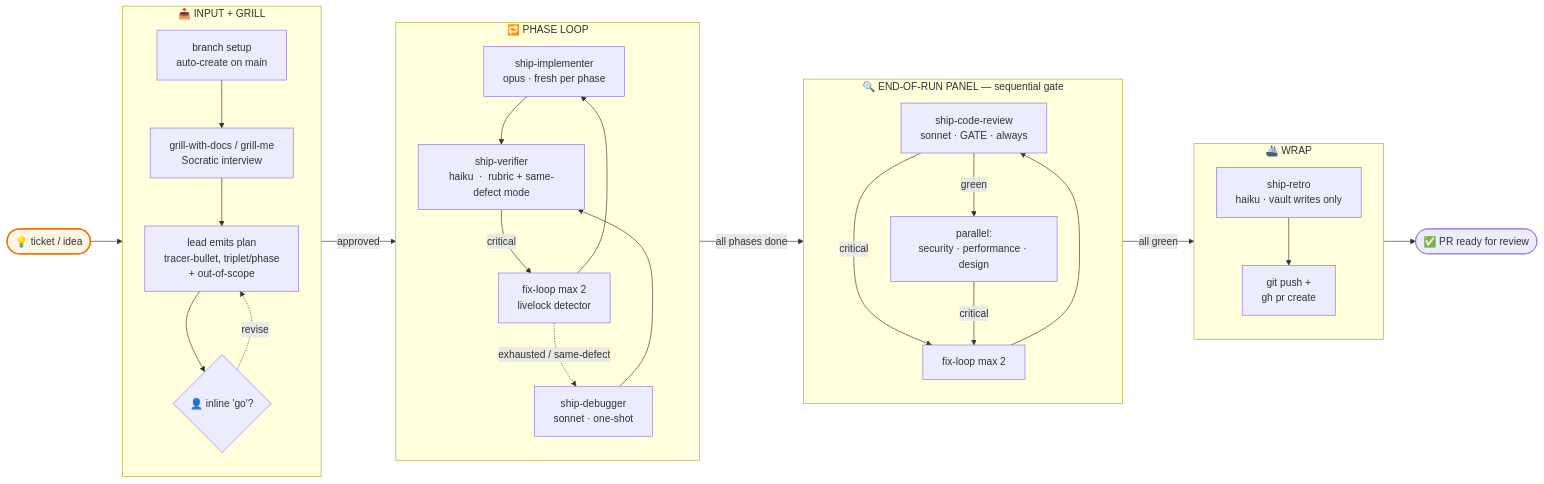
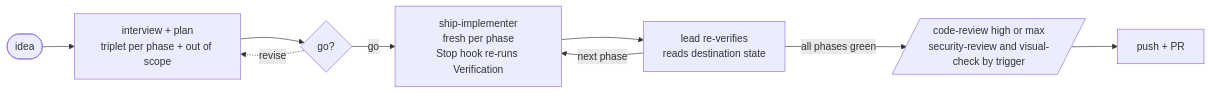
Before and after one commit to aliaksei-loi/ship: the diagram in README.md, drawn with Mermaid. The commit also changed other lines of this file and 47 other files, not shown here.

````diff
--- a/README.md
+++ b/README.md
@@ -7,49 +17,11 @@
 ```mermaid
 flowchart LR
-    Idea([💡 ticket / idea]):::input
-
-    subgraph Input["📥 INPUT + GRILL"]
-        direction TB
-        Brn[branch setup<br/>auto-create on main]
-        Grill[grill-with-docs / grill-me<br/>Socratic interview]
-        Plan[lead emits plan<br/>tracer-bullet, triplet/phase<br/>+ out-of-scope]
-        Gate{👤 inline 'go'?}
-        Brn --> Grill --> Plan --> Gate
-    end
-
-    subgraph Loop["🔁 PHASE LOOP"]
-        direction TB
-        Imp[ship-implementer<br/>opus  ·  fresh per phase]
-        Ver[ship-verifier<br/>haiku  ·  rubric + same-defect mode]
-        Imp --> Ver
-        Ver -->|critical| FixP[fix-loop max 2<br/>livelock detector]
-        FixP --> Imp
-        FixP -.exhausted / same-defect.-> Dbg[ship-debugger<br/>sonnet · one-shot]
-        Dbg --> Ver
-    end
-
-    subgraph Panel["🔍 END-OF-RUN PANEL — sequential gate"]
-        direction TB
-        CR[ship-code-review<br/>sonnet  ·  GATE  ·  always]
-        CR -->|green| Trio[parallel:<br/>security · performance · design]
-        CR -->|critical| FixC[fix-loop max 2]
-        FixC --> CR
-        Trio -->|critical| FixC
-    end
-
-    subgraph Wrap["🚢 WRAP"]
-        direction TB
-        Retro[ship-retro<br/>haiku  ·  vault writes only]
-        PR[git push +<br/>gh pr create]
-        Retro --> PR
-    end
-
-    Idea --> Brn
-    Gate -.revise.-> Plan
-    Gate -->|approved| Imp
-    Ver -->|all phases done| CR
-    Trio -->|all green| Retro
-    PR --> Out([✅ PR ready for review])
-
-    classDef input fill:#fff5e6,stroke:#e87600,stroke-width:2px
+  A([idea]) --> B[interview + plan<br/>triplet per phase + out of scope]
+  B --> G{go?}
+  G -->|go| C[ship-implementer<br/>fresh per phase<br/>Stop hook re-runs Verification]
+  C --> D[lead re-verifies<br/>reads destination state]
+  D -->|next phase| C
+  D -->|all phases green| E[/code-review high or max<br/>security-review and visual-check by trigger/]
+  E --> F[push + PR]
+  G -.revise.-> B
 ```
````
